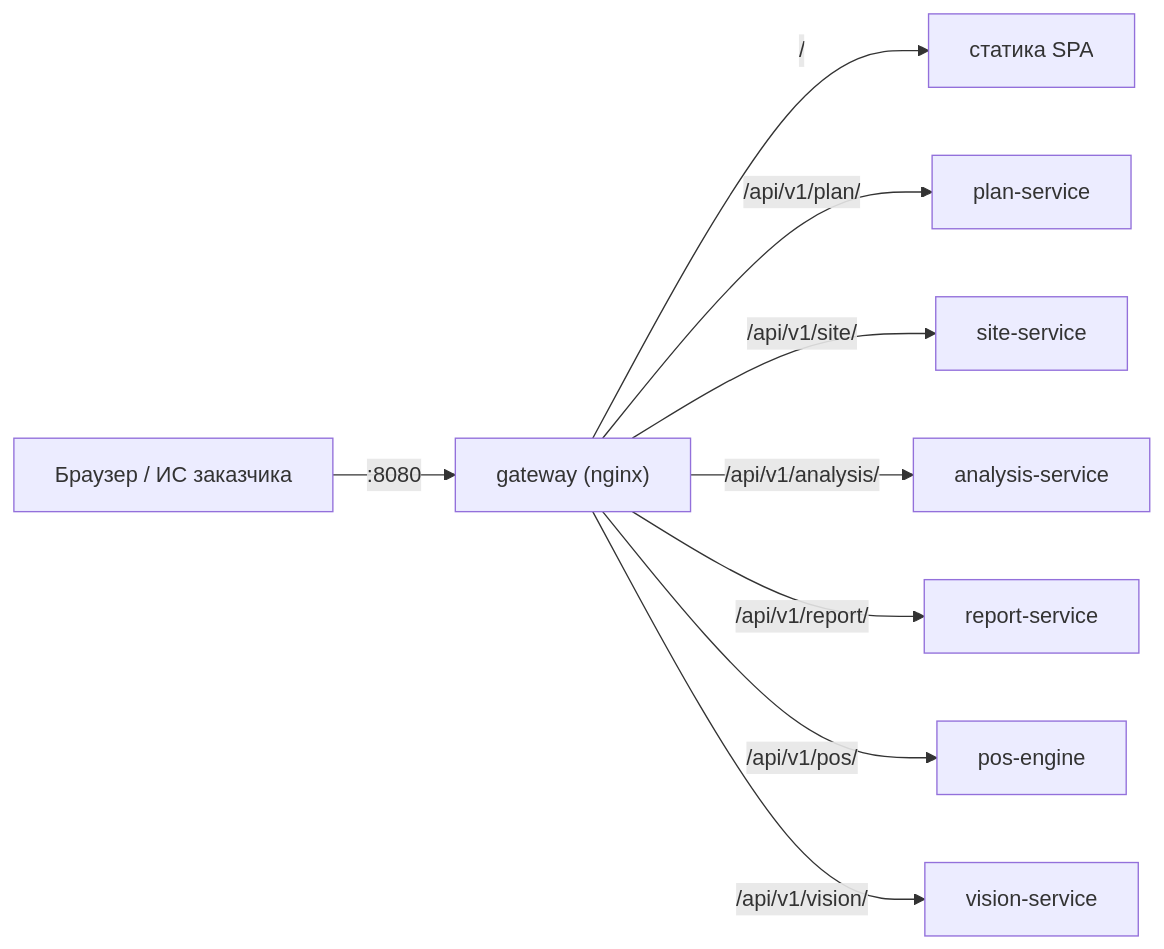
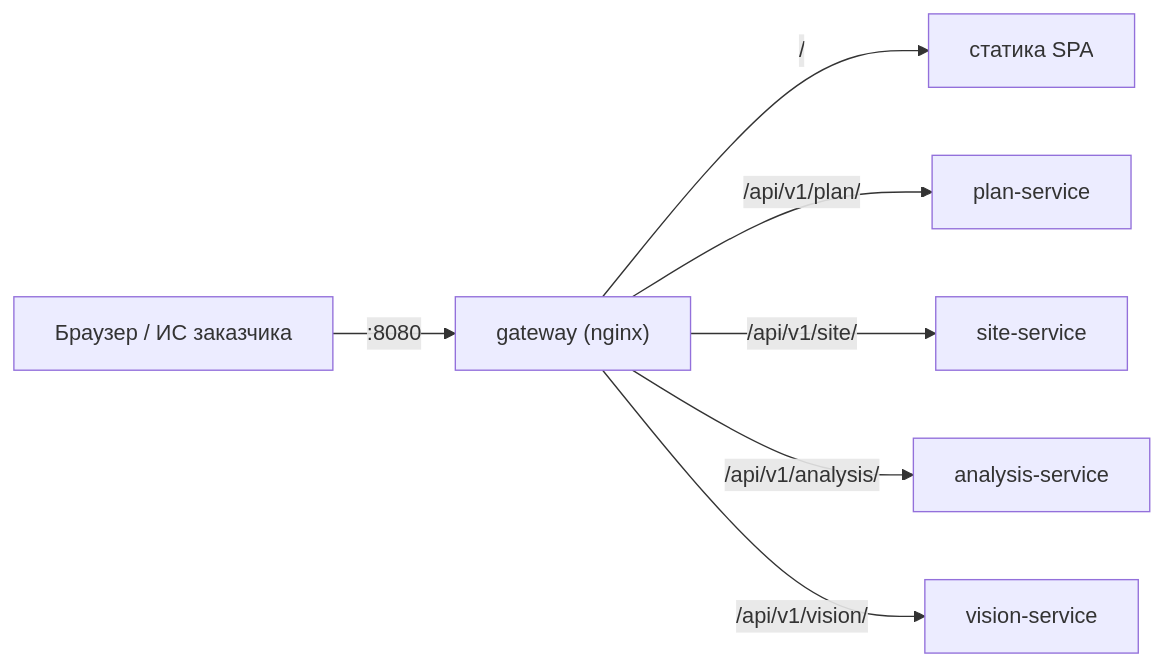
Before and after one commit to cerXXXX/ConstructionSupervision: the diagram in services/gateway/README.md, drawn with Mermaid. The commit also changed other lines of this file and 45 other files, not shown here.

````diff
--- a/services/gateway/README.md
+++ b/services/gateway/README.md
@@ -14,11 +14,9 @@
 ```mermaid
 flowchart LR
     U["Браузер / ИС заказчика"] -->|":8080"| GW["gateway (nginx)"]
     GW -->|"/"| WEB["статика SPA"]
     GW -->|"/api/v1/plan/"| PLAN["plan-service"]
     GW -->|"/api/v1/site/"| SITE["site-service"]
     GW -->|"/api/v1/analysis/"| ANL["analysis-service"]
-    GW -->|"/api/v1/report/"| REP["report-service"]
-    GW -->|"/api/v1/pos/"| POS["pos-engine"]
     GW -->|"/api/v1/vision/"| VIS["vision-service"]
 ```
````
